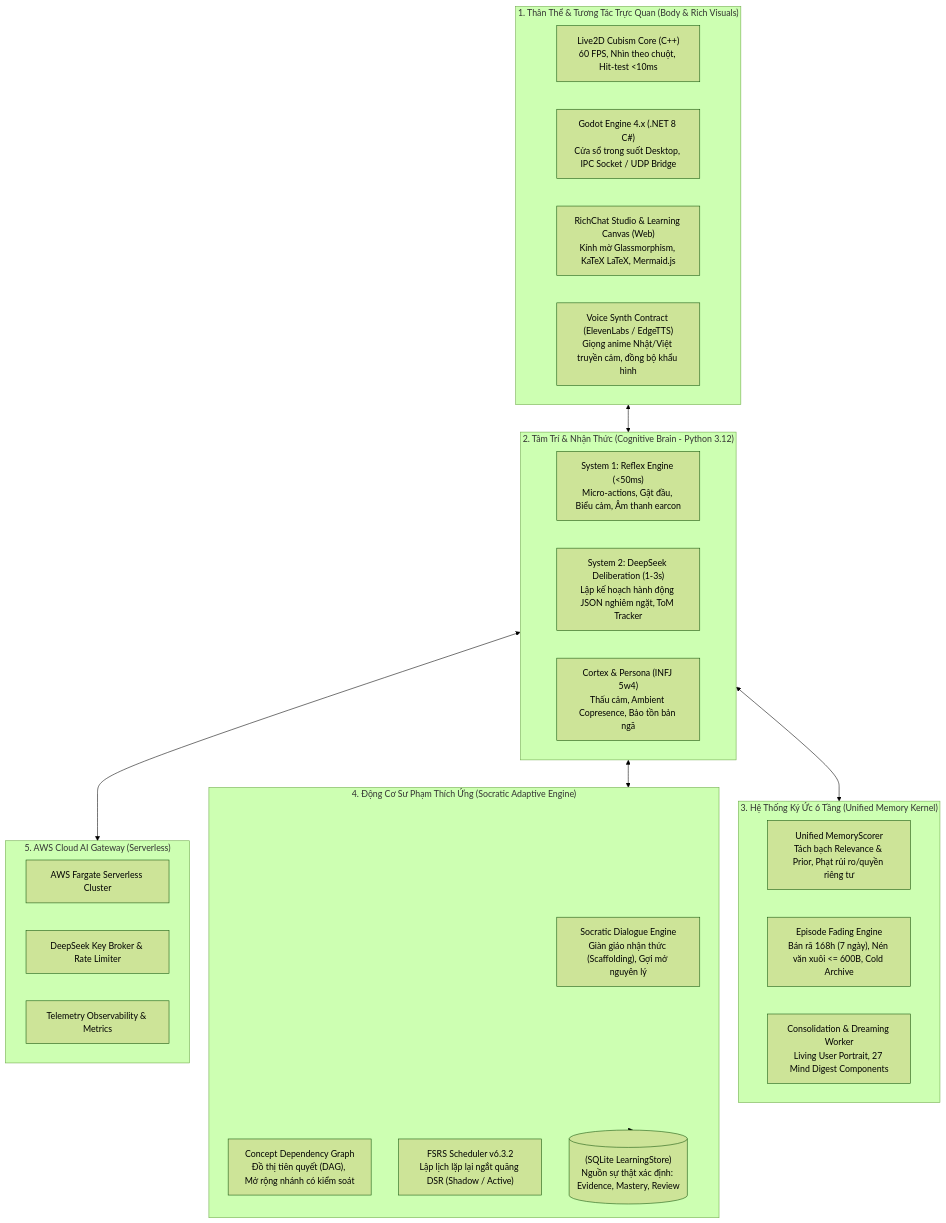
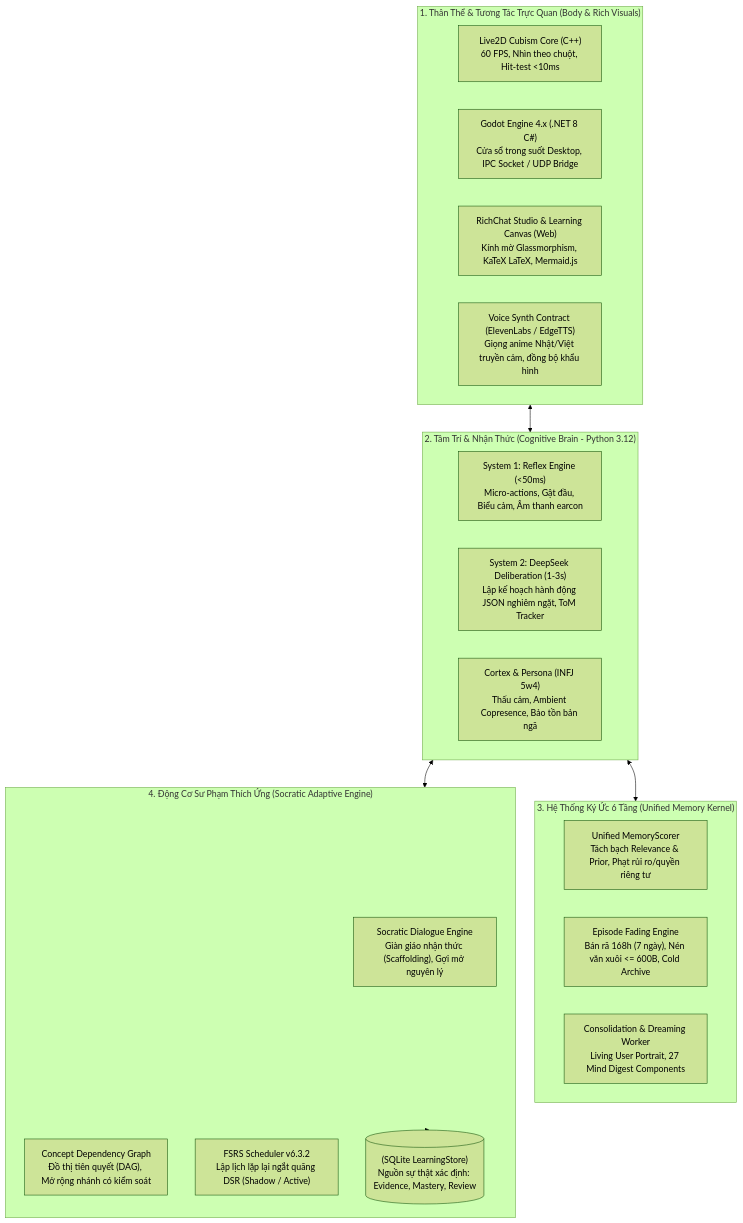
Before and after one commit to akira-yami/ErisTutor: the diagram in README.md, drawn with Mermaid (forest theme). The commit also changed other lines of this file and 9 other files, not shown here.

Commit message:
chore: remove mock AWS deployment workflow and revert cloud badges

````diff
--- a/README.md
+++ b/README.md
@@ -42,40 +41,33 @@
 ```mermaid
 graph TD
     subgraph BodyLayer ["1. Thân Thể & Tương Tác Trực Quan (Body & Rich Visuals)"]
         Live2D["Live2D Cubism Core (C++)<br/>60 FPS, Nhìn theo chuột, Hit-test <10ms"]
         GodotBridge["Godot Engine 4.x (.NET 8 C#)<br/>Cửa sổ trong suốt Desktop, IPC Socket / UDP Bridge"]
         RichStudio["RichChat Studio & Learning Canvas (Web)<br/>Kính mờ Glassmorphism, KaTeX LaTeX, Mermaid.js"]
         VoiceSynth["Voice Synth Contract (ElevenLabs / EdgeTTS)<br/>Giọng anime Nhật/Việt truyền cảm, đồng bộ khẩu hình"]
     end
 
     subgraph MindLayer ["2. Tâm Trí & Nhận Thức (Cognitive Brain - Python 3.12)"]
         System1["System 1: Reflex Engine (<50ms)<br/>Micro-actions, Gật đầu, Biểu cảm, Âm thanh earcon"]
         System2["System 2: DeepSeek Deliberation (1-3s)<br/>Lập kế hoạch hành động JSON nghiêm ngặt, ToM Tracker"]
         Cortex["Cortex & Persona (INFJ 5w4)<br/>Thấu cảm, Ambient Copresence, Bảo tồn bản ngã"]
     end
 
     subgraph MemoryLayer ["3. Hệ Thống Ký Ức 6 Tầng (Unified Memory Kernel)"]
         MemScorer["Unified MemoryScorer<br/>Tách bạch Relevance & Prior, Phạt rủi ro/quyền riêng tư"]
         MemFading["Episode Fading Engine<br/>Bán rã 168h (7 ngày), Nén văn xuôi <= 600B, Cold Archive"]
         MemConsolidation["Consolidation & Dreaming Worker<br/>Living User Portrait, 27 Mind Digest Components"]
     end
 
     subgraph TutorLayer ["4. Động Cơ Sư Phạm Thích Ứng (Socratic Adaptive Engine)"]
         SocraticEng["Socratic Dialogue Engine<br/>Giàn giáo nhận thức (Scaffolding), Gợi mở nguyên lý"]
         ConceptDAG["Concept Dependency Graph<br/>Đồ thị tiên quyết (DAG), Mở rộng nhánh có kiểm soát"]
         FSRS["FSRS Scheduler v6.3.2<br/>Lập lịch lặp lại ngắt quãng DSR (Shadow / Active)"]
         LearningStore[("(SQLite LearningStore)<br/>Nguồn sự thật xác định: Evidence, Mastery, Review")]
     end
 
-    subgraph CloudGateway ["5. AWS Cloud AI Gateway (Serverless)"]
-        Fargate["AWS Fargate Serverless Cluster"]
-        KeyBroker["DeepSeek Key Broker & Rate Limiter"]
-        TelemetryObs["Telemetry Observability & Metrics"]
-    end
-
     BodyLayer <--> MindLayer
     MindLayer <--> MemoryLayer
     MindLayer <--> TutorLayer
     TutorLayer --> LearningStore
-    MindLayer <--> CloudGateway
 ```
````
